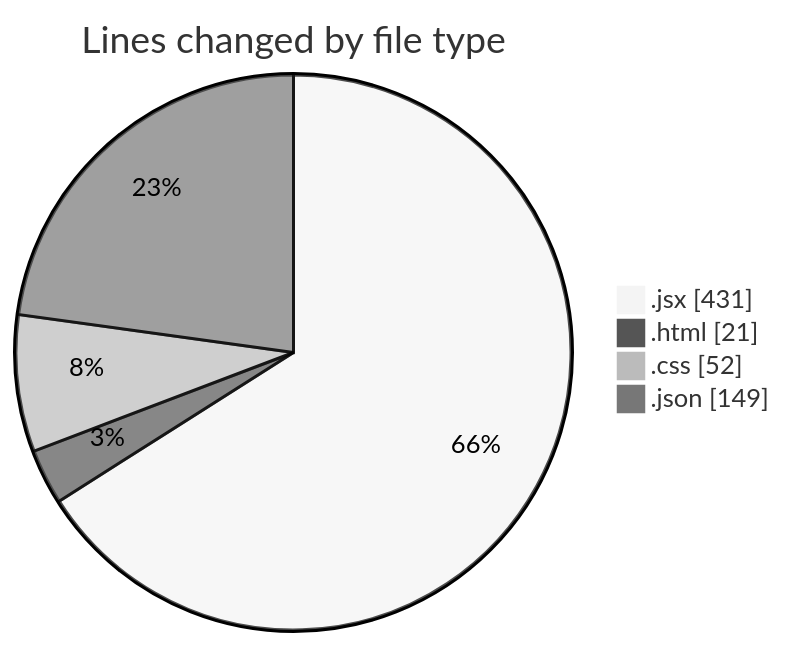
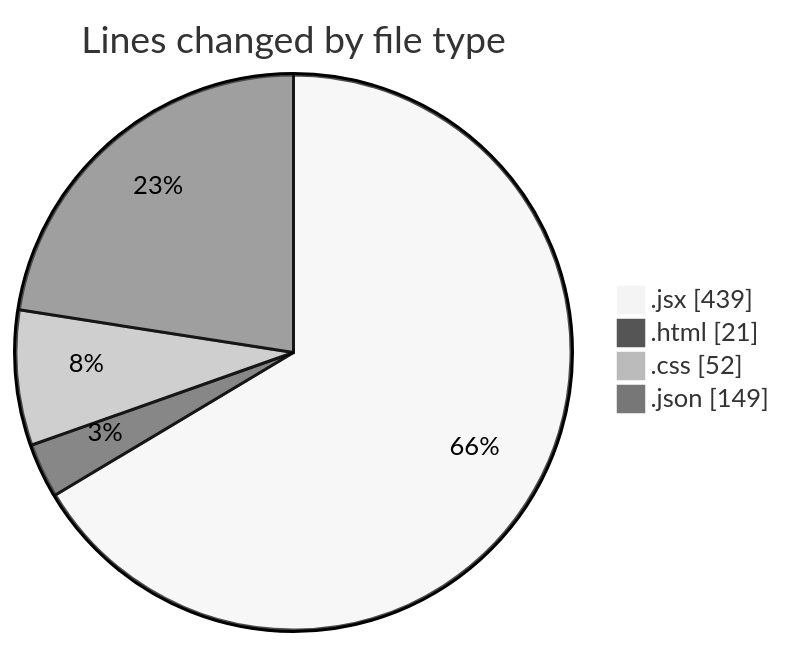
One commit to Elitesun/code-tracking changed the first of 2 diagrams in 2025-02-13/elitegpt/README.md. Above: the diagram before and after it, drawn with Mermaid (neutral theme). The commit also changed other lines of this file and 1 other file, not shown here.

````diff
--- a/2025-02-13/elitegpt/README.md
+++ b/2025-02-13/elitegpt/README.md
@@ -30,8 +30,8 @@
 ```mermaid
 pie showData
 title Lines changed by file type
-".jsx" : 431
+".jsx" : 439
 ".html" : 21
 ".css" : 52
 ".json" : 149
 ```
````
